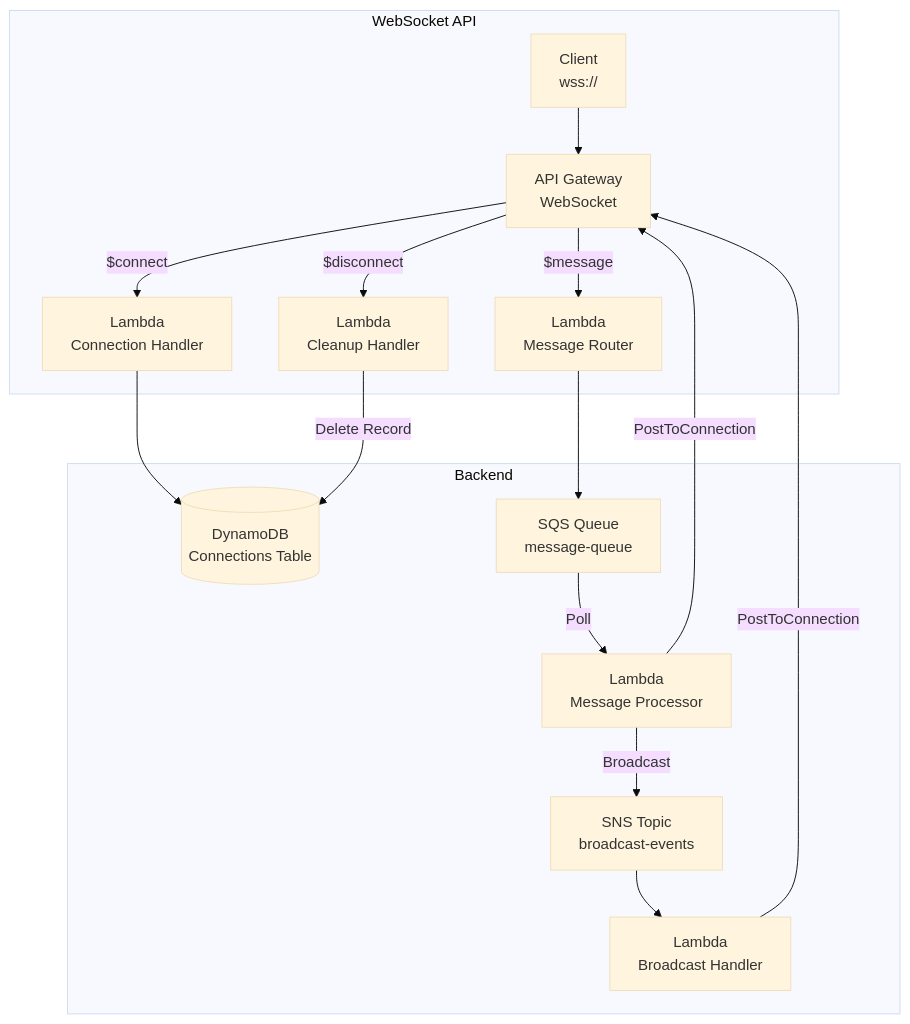
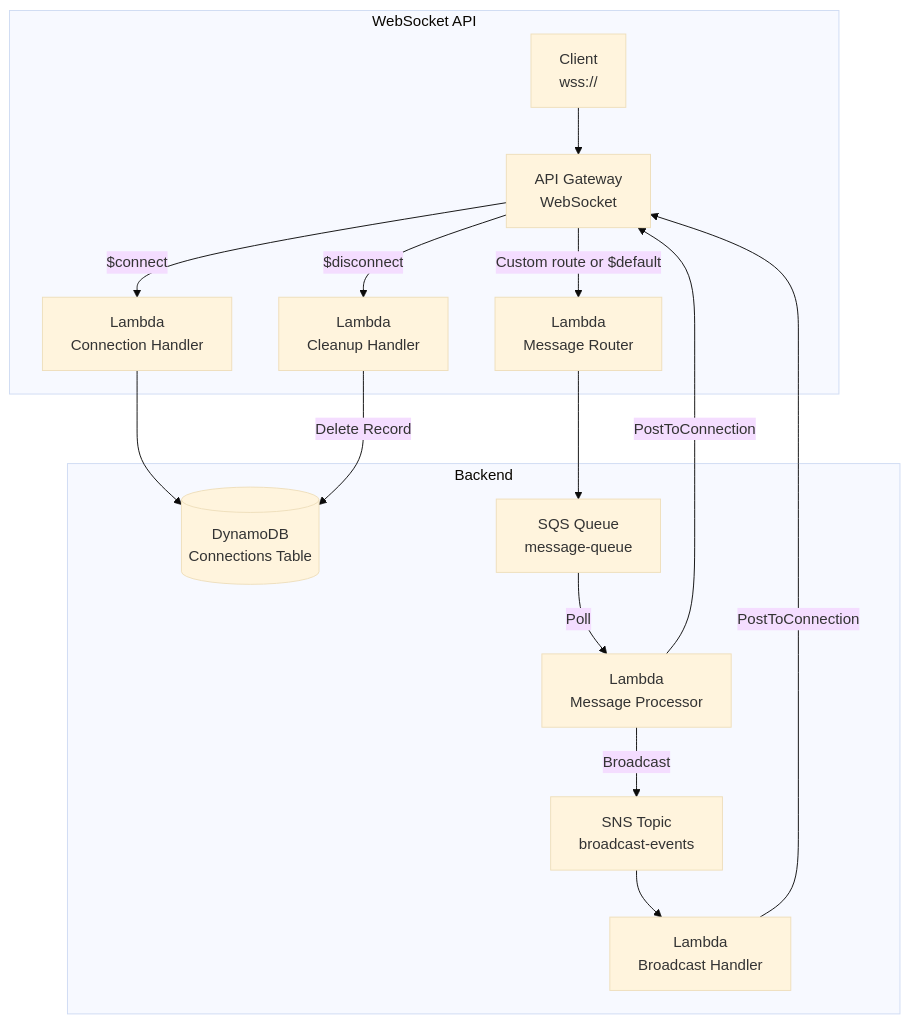
Before and after one commit to AlexanderBesss/AWS_best_praactices: the seventh of 7 diagrams in Design/02-communication-patterns.md, drawn with Mermaid (base theme). The commit also changed other lines of this file and 31 other files, not shown here.

````diff
--- a/Design/02-communication-patterns.md
+++ b/Design/02-communication-patterns.md
@@ -489,21 +495,21 @@
 ```mermaid
 graph TB
     subgraph "WebSocket API"
         A[Client<br/>wss://] --> B[API Gateway<br/>WebSocket]
         B -->|$connect| C[Lambda<br/>Connection Handler]
-        B -->|$message| D[Lambda<br/>Message Router]
+        B -->|Custom route or $default| D[Lambda<br/>Message Router]
         B -->|$disconnect| E[Lambda<br/>Cleanup Handler]
     end
     
     subgraph "Backend"
         C --> F[(DynamoDB<br/>Connections Table)]
         D --> G[SQS Queue<br/>message-queue]
         G -->|Poll| H[Lambda<br/>Message Processor]
         H -->|PostToConnection| B
         H -->|Broadcast| I[SNS Topic<br/>broadcast-events]
         I --> J[Lambda<br/>Broadcast Handler]
         J -->|PostToConnection| B
     end
     
     E -->|Delete Record| F
 ```
````
